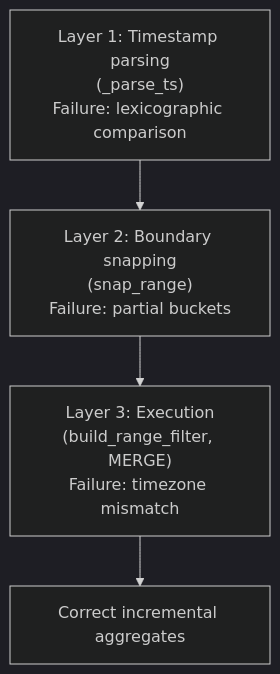
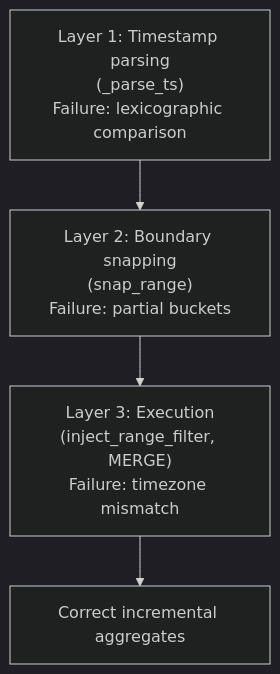
One commit to jonasbrami/iceberg-ivm changed diagram 11 of 11 in LEARNING_GUIDE.md. Above: the diagram before and after it, drawn with Mermaid (dark theme). The commit also changed other lines of this file and 19 other files, not shown here.

First line of the commit message:
refactor: parse view queries via sqlparse AST; drop {range_filter} placeholder

````diff
--- a/LEARNING_GUIDE.md
+++ b/LEARNING_GUIDE.md
@@ -477,7 +479,7 @@
 ```mermaid
 flowchart TB
     L1["Layer 1: Timestamp parsing<br/>(_parse_ts)<br/>Failure: lexicographic comparison"]
     L2["Layer 2: Boundary snapping<br/>(snap_range)<br/>Failure: partial buckets"]
-    L3["Layer 3: Execution<br/>(build_range_filter, MERGE)<br/>Failure: timezone mismatch"]
+    L3["Layer 3: Execution<br/>(inject_range_filter, MERGE)<br/>Failure: timezone mismatch"]
     L1 --> L2 --> L3 --> Result["Correct incremental aggregates"]
 ```
````
